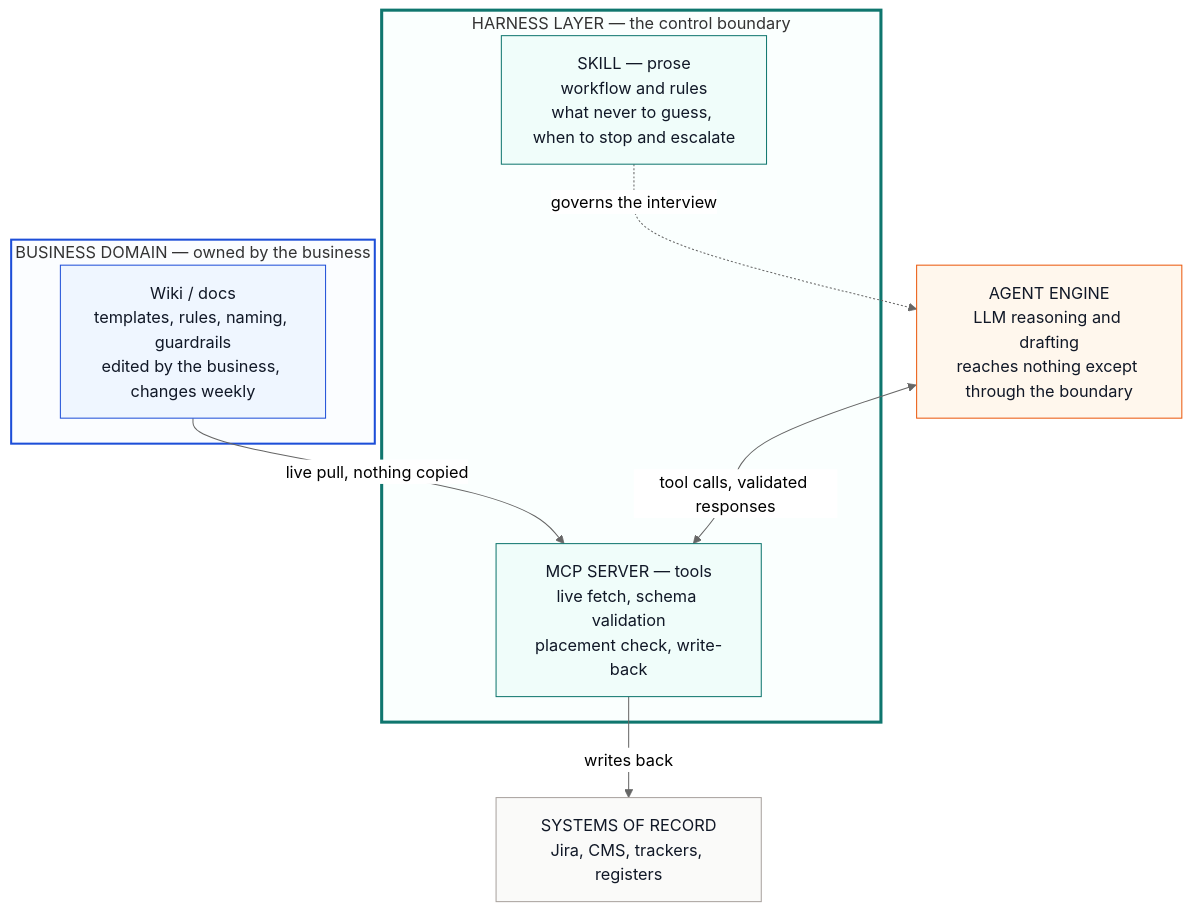
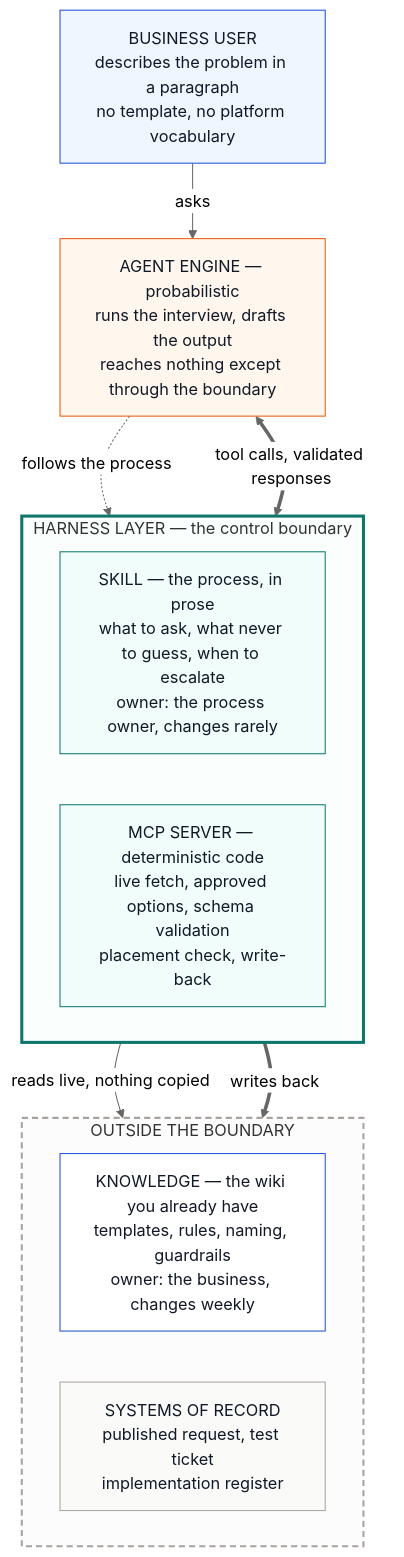
Before and after one commit to yanbinliu3379/yanbinliu3379.github.io: the second of 2 diagrams in _posts/2026-08-23-internal-knowledgebase-as-a-service.md, drawn with Mermaid (neutral theme). The commit also changed other lines of this file, not shown here.

Commit message:
FIx the diagram

````diff
--- a/_posts/2026-08-23-internal-knowledgebase-as-a-service.md
+++ b/_posts/2026-08-23-internal-knowledgebase-as-a-service.md
@@ -131,30 +102,36 @@
 ```mermaid
 flowchart TB
-    subgraph BD["BUSINESS DOMAIN — owned by the business"]
-        W["Wiki / docs<br/>templates, rules, naming, guardrails<br/>edited by the business, changes weekly"]
+    U["BUSINESS USER<br/>describes the problem in a paragraph<br/>no template, no platform vocabulary"]
+    AG["AGENT ENGINE — probabilistic<br/>runs the interview, drafts the output<br/>reaches nothing except through the boundary"]
+
+    subgraph HL["HARNESS LAYER — the control boundary"]
+        direction LR
+        SK["SKILL — the process, in prose<br/>what to ask, what never to guess, when to escalate<br/>owner: the process owner, changes rarely"]
+        MS["MCP SERVER — deterministic code<br/>live fetch, approved options, schema validation<br/>placement check, write-back"]
     end
 
-    subgraph HL["HARNESS LAYER — the control boundary"]
-        SK["SKILL — prose<br/>workflow and rules<br/>what never to guess, when to stop and escalate"]
-        MS["MCP SERVER — tools<br/>live fetch, schema validation<br/>placement check, write-back"]
+    subgraph BD["OUTSIDE THE BOUNDARY"]
+        direction LR
+        W["KNOWLEDGE — the wiki you already have<br/>templates, rules, naming, guardrails<br/>owner: the business, changes weekly"]
+        SR["SYSTEMS OF RECORD<br/>published request, test ticket<br/>implementation register"]
     end
 
-    AG["AGENT ENGINE<br/>LLM reasoning and drafting<br/>reaches nothing except through the boundary"]
-    SR["SYSTEMS OF RECORD<br/>Jira, CMS, trackers, registers"]
+    U -->|"asks"| AG
+    AG -.->|"follows the process"| SK
+    AG <==>|"tool calls, validated responses"| MS
+    MS -->|"reads live, nothing copied"| W
+    MS ==>|"writes back"| SR
 
-    W -->|"live pull, nothing copied"| MS
-    SK -.->|"governs the interview"| AG
-    AG <-->|"tool calls, validated responses"| MS
-    MS -->|"writes back"| SR
-
-    classDef biz fill:#EFF6FF,stroke:#1D4ED8,color:#111827
+    classDef person fill:#EFF6FF,stroke:#1D4ED8,color:#111827
+    classDef eng fill:#FFF7ED,stroke:#EA580C,color:#111827
     classDef harness fill:#F0FDFA,stroke:#0F766E,color:#111827
-    classDef eng fill:#FFF7ED,stroke:#EA580C,color:#111827
+    classDef store fill:#FFFFFF,stroke:#1D4ED8,color:#111827
     classDef rec fill:#FAFAF9,stroke:#A8A29E,color:#111827
-    class W biz
+    class U person
+    class AG eng
     class SK,MS harness
-    class AG eng
+    class W store
     class SR rec
-    style BD fill:#FBFDFF,stroke:#1D4ED8,stroke-width:2px
     style HL fill:#FAFFFE,stroke:#0F766E,stroke-width:3px
+    style BD fill:#FCFCFC,stroke:#A8A29E,stroke-width:2px,stroke-dasharray: 6 4
 ```
````
